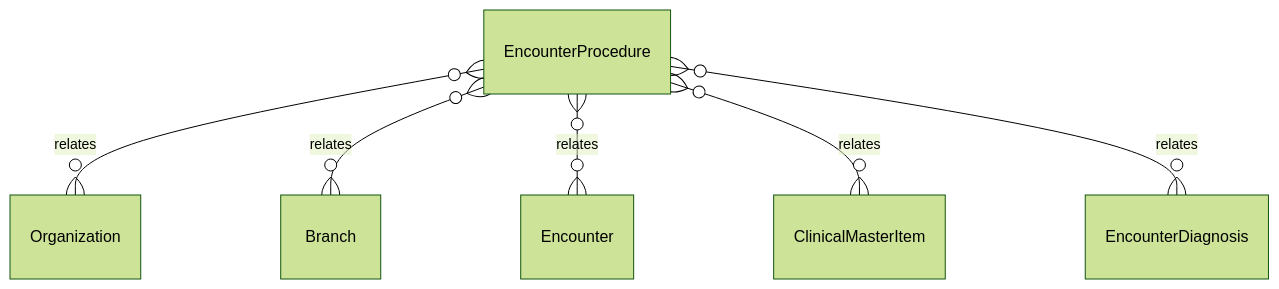
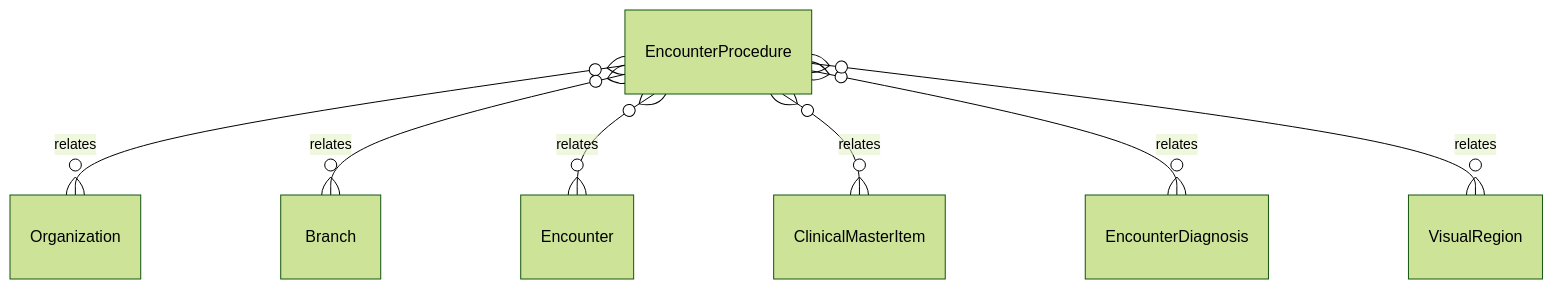
One commit to tejasnirala/rcln changed the diagram in .kb/Database/EncounterProcedure.md. Above: the diagram before and after it, drawn with Mermaid (forest theme). The commit also changed other lines of this file and 139 other files, not shown here.

First line of the commit message:
feat(clinical): ce-6 the visual mapping engine and the dental chart

````diff
--- a/.kb/Database/EncounterProcedure.md
+++ b/.kb/Database/EncounterProcedure.md
@@ -49,8 +51,9 @@
 ```mermaid
 erDiagram
     EncounterProcedure }o--o{ Organization : relates
     EncounterProcedure }o--o{ Branch : relates
     EncounterProcedure }o--o{ Encounter : relates
     EncounterProcedure }o--o{ ClinicalMasterItem : relates
     EncounterProcedure }o--o{ EncounterDiagnosis : relates
+    EncounterProcedure }o--o{ VisualRegion : relates
 ```
````
